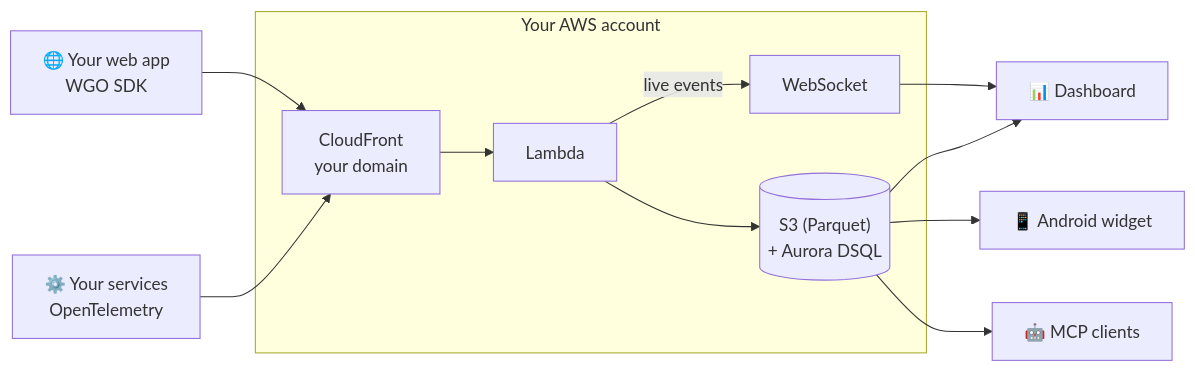
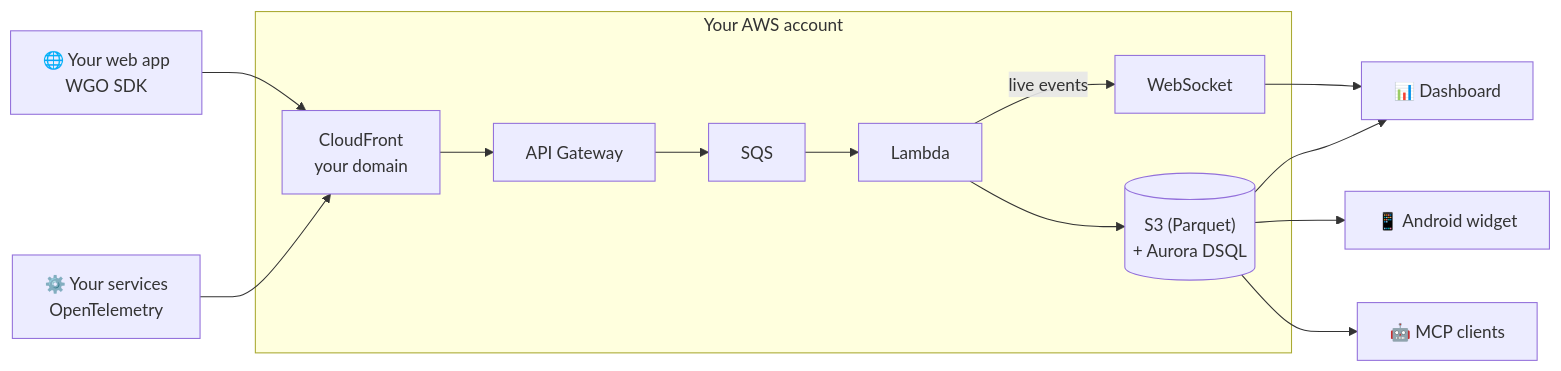
The diagram in FEATURES.md (Sewen/wgo-analytics), drawn with Mermaid before and after one commit. The commit also changed other lines of this file and 6 other files, not shown here.

````diff
--- a/FEATURES.md
+++ b/FEATURES.md
@@ -156,18 +157,22 @@
 ```mermaid
 flowchart LR
   B["🌐 Your web app<br/>WGO SDK"] --> CF["CloudFront<br/>your domain"]
   S["⚙️ Your services<br/>OpenTelemetry"] --> CF
-  CF --> L["Lambda"]
+  CF --> API["API Gateway"]
+  API --> Q["SQS"]
+  Q --> L["Lambda"]
   L --> D[("S3 (Parquet)<br/>+ Aurora DSQL")]
   L -- live events --> W["WebSocket"]
   W --> UI["📊 Dashboard"]
   D --> UI
   D --> P["📱 Android widget"]
   D --> M["🤖 MCP clients"]
   subgraph AWS["Your AWS account"]
     CF
+    API
+    Q
     L
     D
     W
   end
 ```
````
